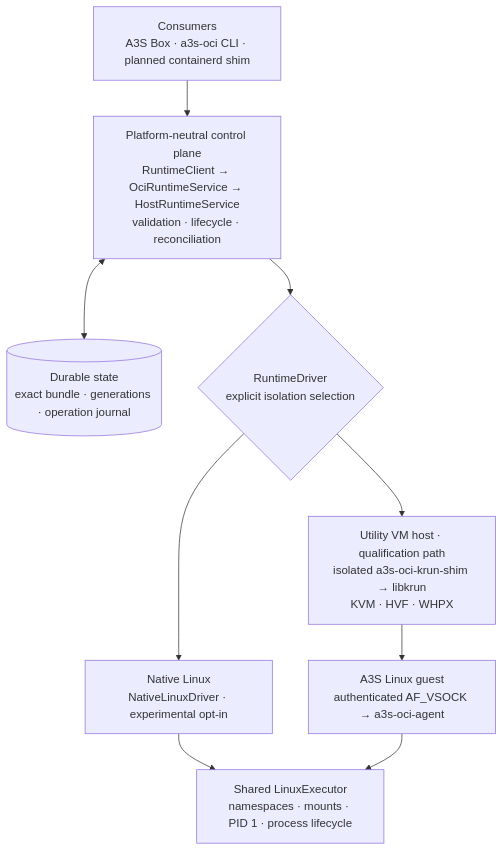
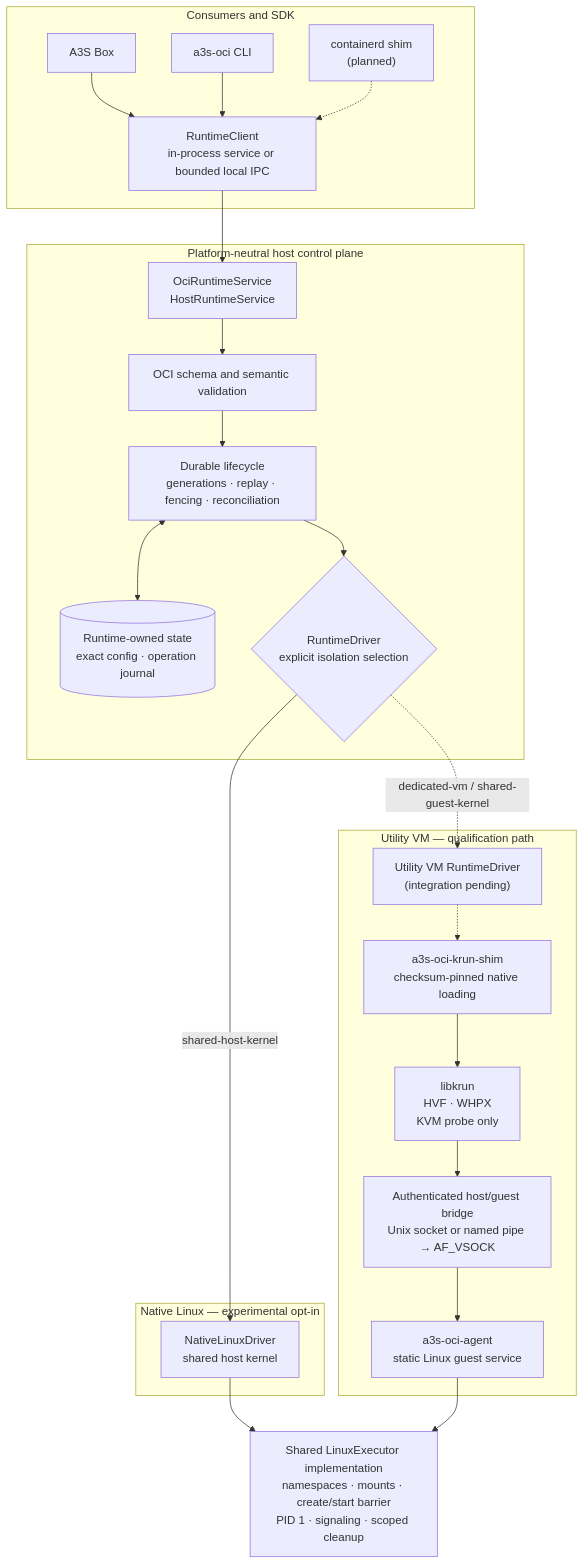
The diagram in README.md (A3S-Lab/OCI-Runtime), drawn with Mermaid before and after one commit. The commit also changed other lines of this file, not shown here.

Commit message:
docs: refresh README architecture

````diff
--- a/README.md
+++ b/README.md
@@ -418,16 +420,46 @@
 ```mermaid
 flowchart TB
-    consumers["Consumers<br/>A3S Box · a3s-oci CLI · planned containerd shim"]
-    control["Platform-neutral control plane<br/>RuntimeClient → OciRuntimeService → HostRuntimeService<br/>validation · lifecycle · reconciliation"]
-    state[("Durable state<br/>exact bundle · generations · operation journal")]
-    selection{"RuntimeDriver<br/>explicit isolation selection"}
-    native["Native Linux<br/>NativeLinuxDriver · experimental opt-in"]
-    utility["Utility VM host · qualification path<br/>isolated a3s-oci-krun-shim → libkrun<br/>KVM · HVF · WHPX"]
-    agent["A3S Linux guest<br/>authenticated AF_VSOCK → a3s-oci-agent"]
-    executor["Shared LinuxExecutor<br/>namespaces · mounts · PID 1 · process lifecycle"]
+    subgraph consumers["Consumers and SDK"]
+        box["A3S Box"]
+        cli["a3s-oci CLI"]
+        containerd["containerd shim<br/>(planned)"]
+        client["RuntimeClient<br/>in-process service or bounded local IPC"]
+        box --> client
+        cli --> client
+        containerd -.-> client
+    end
 
-    consumers --> control --> selection
-    control <--> state
-    selection --> native --> executor
-    selection --> utility --> agent --> executor
+    subgraph host["Platform-neutral host control plane"]
+        service["OciRuntimeService<br/>HostRuntimeService"]
+        validation["OCI schema and semantic validation"]
+        lifecycle["Durable lifecycle<br/>generations · replay · fencing · reconciliation"]
+        state[("Runtime-owned state<br/>exact config · operation journal")]
+        selection{"RuntimeDriver<br/>explicit isolation selection"}
+
+        service --> validation --> lifecycle --> selection
+        lifecycle <--> state
+    end
+
+    subgraph native["Native Linux — experimental opt-in"]
+        native_driver["NativeLinuxDriver<br/>shared host kernel"]
+    end
+
+    subgraph utility["Utility VM — qualification path"]
+        utility_driver["Utility VM RuntimeDriver<br/>(integration pending)"]
+        shim["a3s-oci-krun-shim<br/>checksum-pinned native loading"]
+        hypervisor["libkrun<br/>HVF · WHPX<br/>KVM probe only"]
+        bridge["Authenticated host/guest bridge<br/>Unix socket or named pipe → AF_VSOCK"]
+        agent["a3s-oci-agent<br/>static Linux guest service"]
+
+        utility_driver -.-> shim
+        shim --> hypervisor --> bridge --> agent
+    end
+
+    executor["Shared LinuxExecutor implementation<br/>namespaces · mounts · create/start barrier<br/>PID 1 · signaling · scoped cleanup"]
+
+    client --> service
+    selection -->|"shared-host-kernel"| native_driver
+    selection -.->|"dedicated-vm / shared-guest-kernel"| utility_driver
+    native_driver --> executor
+    agent --> executor
 ```
````
